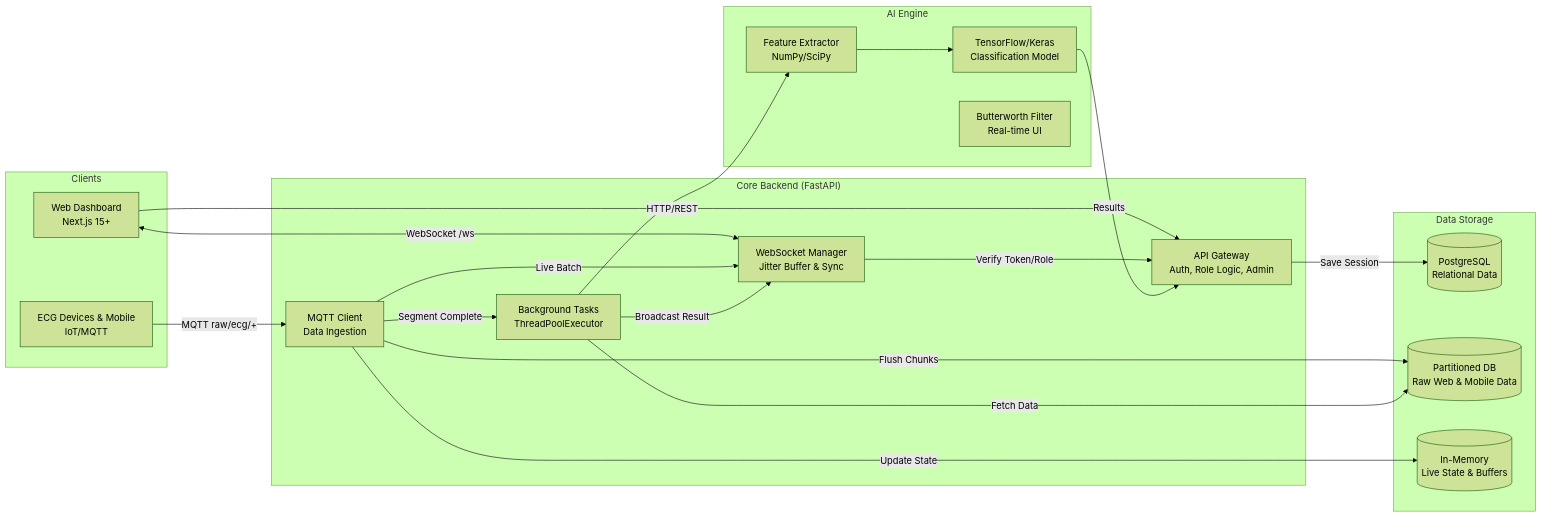
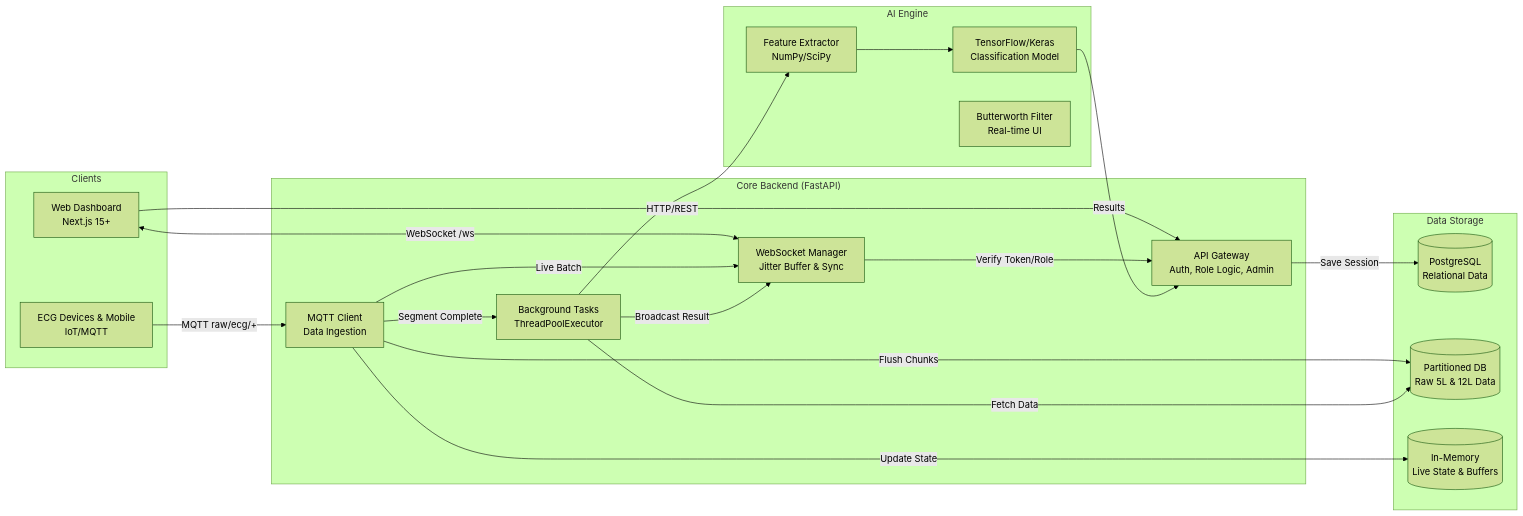
The first of 2 diagrams in DESIGN_DOCUMENT.md (affanrk/ecg-puskesmas), drawn with Mermaid (forest theme) before and after one commit. The commit also changed other lines of this file and 116 other files, not shown here.

````diff
--- a/DESIGN_DOCUMENT.md
+++ b/DESIGN_DOCUMENT.md
@@ -7,44 +7,44 @@
 ```mermaid
 graph LR
     subgraph "Clients"
         WEB[Web Dashboard<br/>Next.js 15+]
         IOT[ECG Devices & Mobile<br/>IoT/MQTT]
     end
 
     subgraph "Core Backend (FastAPI)"
         API[API Gateway<br/>Auth, Role Logic, Admin]
         WS[WebSocket Manager<br/>Jitter Buffer & Sync]
         INGEST[MQTT Client<br/>Data Ingestion]
         ML_WORKER[Background Tasks<br/>ThreadPoolExecutor]
     end
 
     subgraph "AI Engine"
         MODEL[TensorFlow/Keras<br/>Classification Model]
         FE[Feature Extractor<br/>NumPy/SciPy]
         FILT[Butterworth Filter<br/>Real-time UI]
     end
 
     subgraph "Data Storage"
         PGSQL[(PostgreSQL<br/>Relational Data)]
-        TSDB[(Partitioned DB<br/>Raw Web & Mobile Data)]
+        TSDB[(Partitioned DB<br/>Raw 5L & 12L Data)]
         MEM[(In-Memory<br/>Live State & Buffers)]
     end
 
     IOT -->|MQTT raw/ecg/+| INGEST
     WEB -->|HTTP/REST| API
     WEB <-->|WebSocket /ws| WS
     
     INGEST -->|Update State| MEM
     INGEST -->|Live Batch| WS
     INGEST -->|Flush Chunks| TSDB
     
     WS -->|Verify Token/Role| API
     
     INGEST -->|Segment Complete| ML_WORKER
     ML_WORKER -->|Fetch Data| TSDB
     ML_WORKER --> FE
     FE --> MODEL
     MODEL -->|Results| API
     API -->|Save Session| PGSQL
     ML_WORKER -->|Broadcast Result| WS
 ```
````
